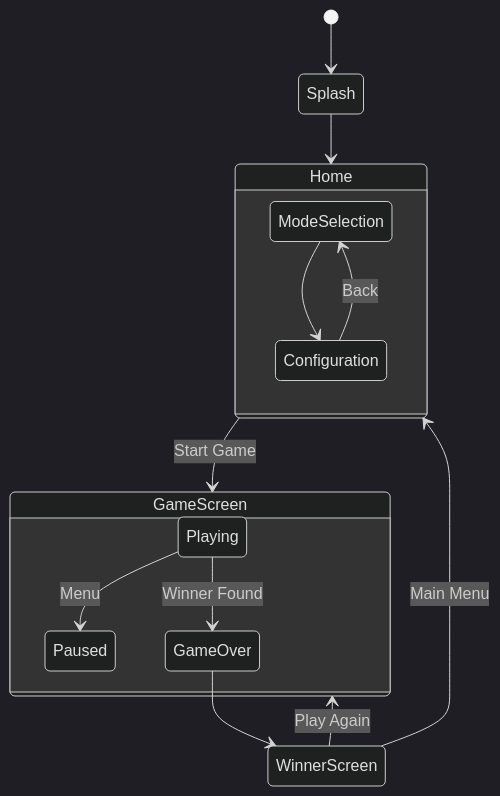
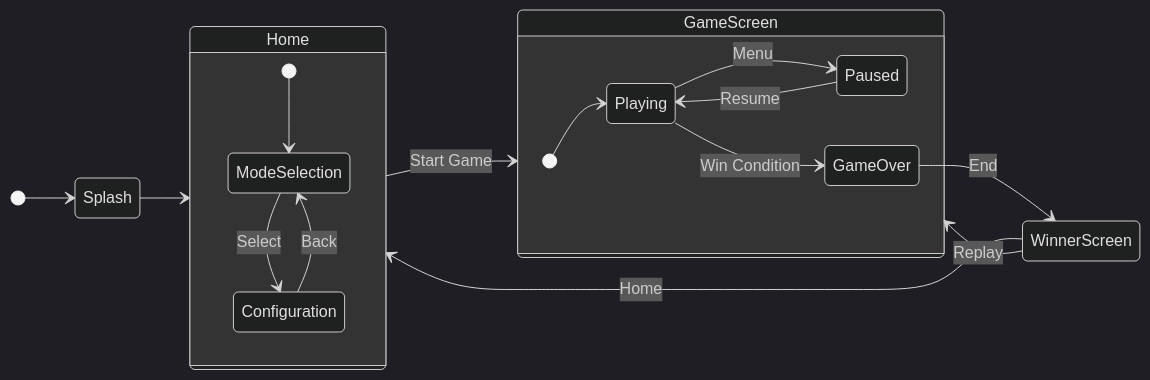
Before and after one commit to saatvik333/chain-reaction-reborn: the fifth of 5 diagrams in architecture.md, drawn with Mermaid (dark theme). The commit also changed other lines of this file and 20 other files, not shown here.

First line of the commit message:
refactor(state): migrate home, shop, and game engines to Riverpod 3.x and Freezed

````diff
--- a/architecture.md
+++ b/architecture.md
@@ -141,21 +151,25 @@
 ```mermaid
 stateDiagram-v2
+    direction LR
     [*] --> Splash
     Splash --> Home
-    
+
     state Home {
-        ModeSelection --> Configuration
+        [*] --> ModeSelection
+        ModeSelection --> Configuration : Select
         Configuration --> ModeSelection : Back
     }
 
     Home --> GameScreen : Start Game
     
     state GameScreen {
+        [*] --> Playing
         Playing --> Paused : Menu
-        Playing --> GameOver : Winner Found
+        Paused --> Playing : Resume
+        Playing --> GameOver : Win Condition
     }
 
-    GameOver --> WinnerScreen
-    WinnerScreen --> Home : Main Menu
-    WinnerScreen --> GameScreen : Play Again
+    GameOver --> WinnerScreen : End
+    WinnerScreen --> Home : Home
+    WinnerScreen --> GameScreen : Replay
 ```
````
